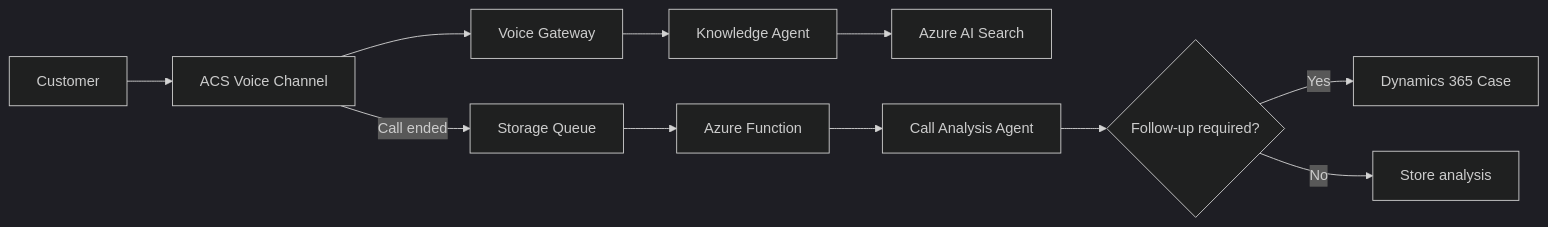
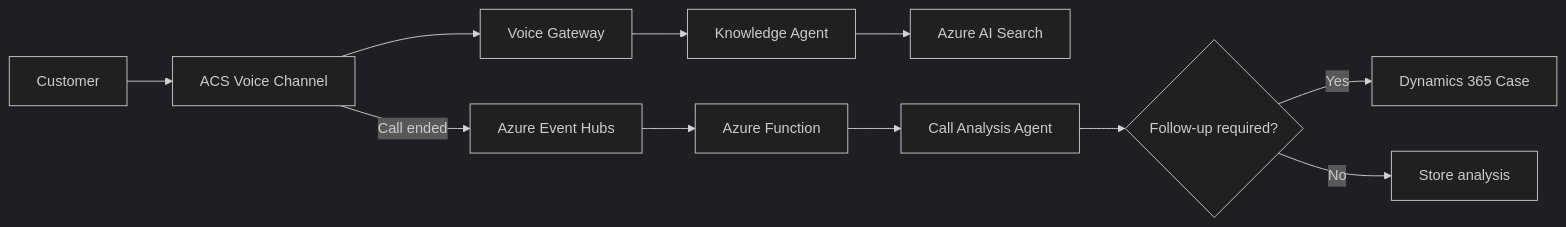
Before and after one commit to Liminghao0922/workshop-intelligent-customer-operations: the diagram in docs/index.md, drawn with Mermaid (dark theme). The commit also changed other lines of this file and 46 other files, not shown here.

````diff
--- a/docs/index.md
+++ b/docs/index.md
@@ -41,13 +41,13 @@
 ```mermaid
 flowchart LR
   Customer[Customer] --> ACS[ACS Voice Channel]
   ACS --> Gateway[Voice Gateway]
   Gateway --> Knowledge[Knowledge Agent]
   Knowledge --> Search[Azure AI Search]
-  ACS -->|Call ended| Queue[Storage Queue]
-  Queue --> Function[Azure Function]
+  ACS -->|Call ended| EventHub[Azure Event Hubs]
+  EventHub --> Function[Azure Function]
   Function --> Analysis[Call Analysis Agent]
   Analysis --> Decision{Follow-up required?}
   Decision -->|Yes| Dynamics[Dynamics 365 Case]
   Decision -->|No| Results[Store analysis]
 ```
````
